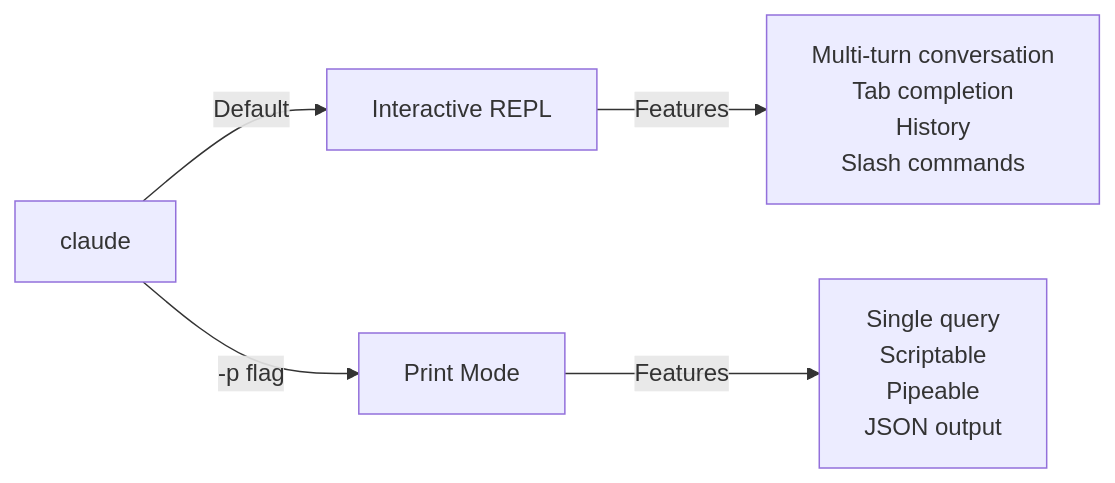
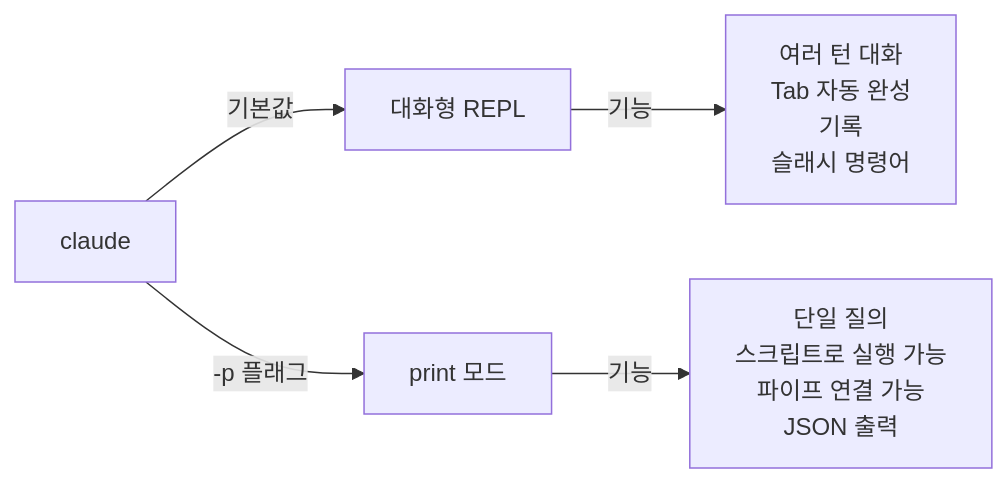
The second of 2 diagrams in 10-cli/README.md (KIMDONGWHEE99/howkorean), drawn with Mermaid before and after one commit. The commit also changed other lines of this file and 1 other file, not shown here.

````diff
--- a/10-cli/README.md
+++ b/10-cli/README.md
@@ -124,7 +124,7 @@
 ```mermaid
 graph LR
-    A["claude"] -->|Default| B["Interactive REPL"]
-    A -->|"-p flag"| C["Print Mode"]
-    B -->|Features| D["Multi-turn conversation<br>Tab completion<br>History<br>Slash commands"]
-    C -->|Features| E["Single query<br>Scriptable<br>Pipeable<br>JSON output"]
+    A["claude"] -->|"기본값"| B["대화형 REPL"]
+    A -->|"-p 플래그"| C["print 모드"]
+    B -->|"기능"| D["여러 턴 대화<br>Tab 자동 완성<br>기록<br>슬래시 명령어"]
+    C -->|"기능"| E["단일 질의<br>스크립트로 실행 가능<br>파이프 연결 가능<br>JSON 출력"]
 ```
````
